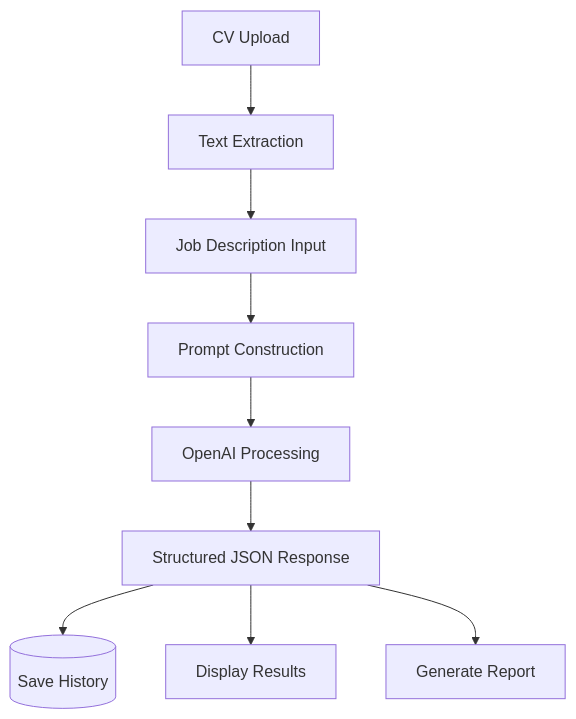
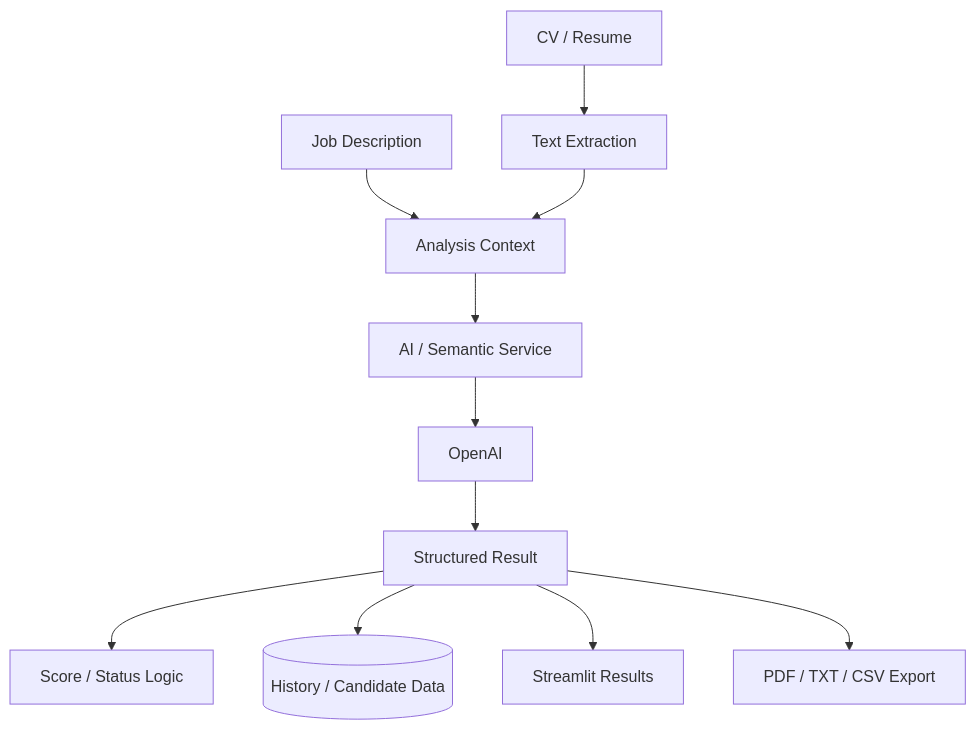
Before and after one commit to dejanjovic1283-ui/talentmatch-pro: the third of 4 diagrams in README.md, drawn with Mermaid. The commit also changed other lines of this file, not shown here.

````diff
--- a/README.md
+++ b/README.md
@@ -911,11 +530,13 @@
 ```mermaid
 flowchart TD
-    Upload[CV Upload] --> Extract[Text Extraction]
-    Extract --> JD[Job Description Input]
-    JD --> Prompt[Prompt Construction]
-    Prompt --> OpenAI[OpenAI Processing]
-    OpenAI --> Structured[Structured JSON Response]
-    Structured --> DB[(Save History)]
-    Structured --> UI[Display Results]
-    Structured --> Report[Generate Report]
+    CV[CV / Resume] --> Extract[Text Extraction]
+    JD[Job Description] --> Context[Analysis Context]
+    Extract --> Context
+    Context --> Service[AI / Semantic Service]
+    Service --> OpenAI[OpenAI]
+    OpenAI --> Structured[Structured Result]
+    Structured --> Score[Score / Status Logic]
+    Structured --> DB[(History / Candidate Data)]
+    Structured --> UI[Streamlit Results]
+    Structured --> Report[PDF / TXT / CSV Export]
 ```
````
